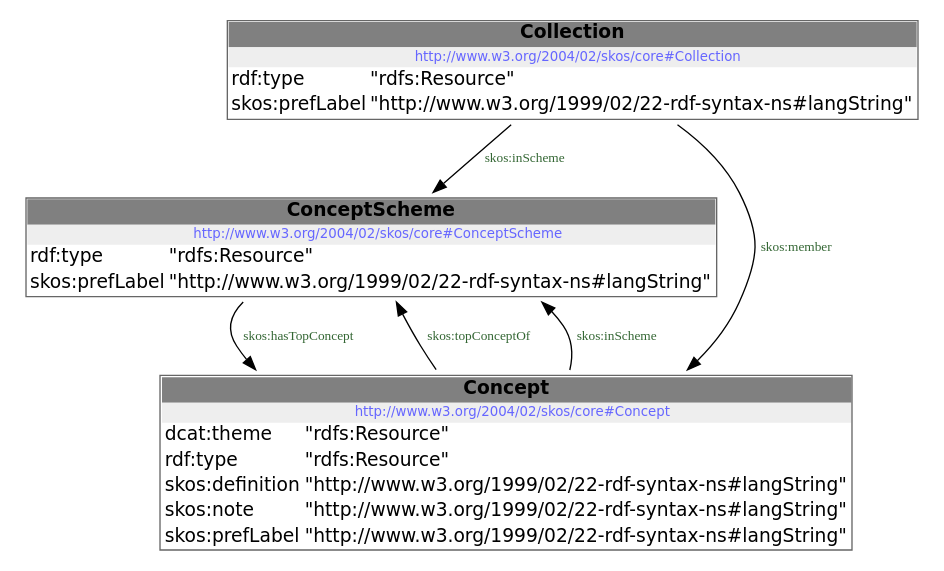
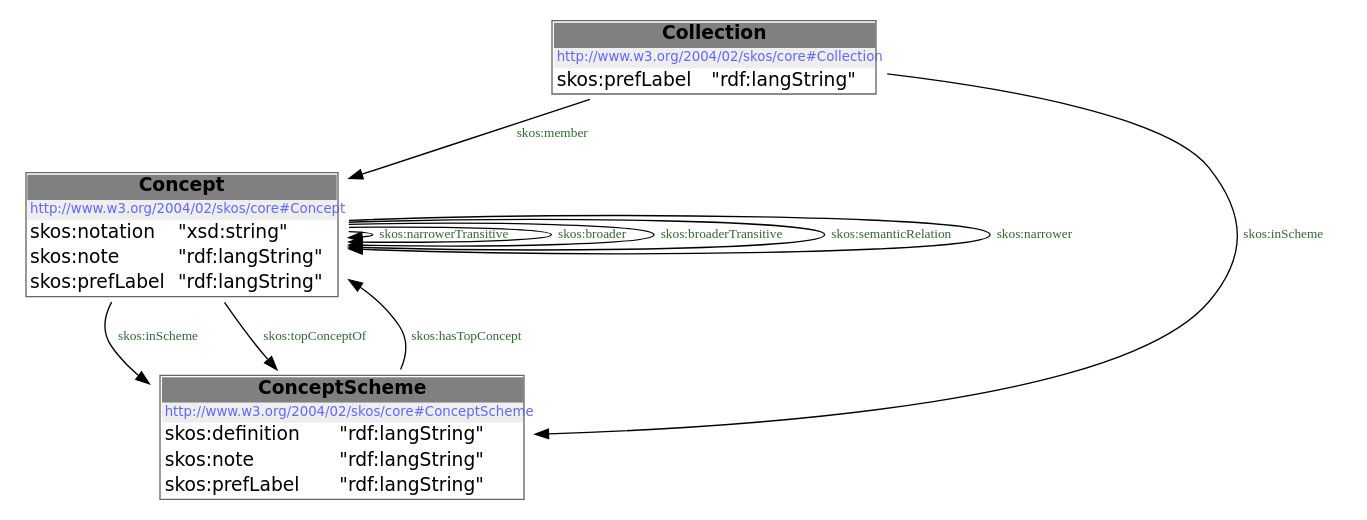
Before and after one commit to milieuinfo/codelijst-producten_en_diensten: the diagram in src/documentation/model.dot, drawn with Graphviz. The commit also changed 27 other files, not shown here.

```diff
--- a/src/documentation/model.dot
+++ b/src/documentation/model.dot
@@ -1,14 +1,19 @@
 digraph { 
  node [ fontname="DejaVu Sans" ] ; 
-	node2 -> node1 [ color=BLACK, label=< <font point-size='10' color='#336633'>skos:hasTopConcept</font> > ] ;
-	node1 -> node2 [ color=BLACK, label=< <font point-size='10' color='#336633'>skos:topConceptOf</font> > ] ;
-	node0 -> node1 [ color=BLACK, label=< <font point-size='10' color='#336633'>skos:member</font> > ] ;
+	node0 -> node0 [ color=BLACK, label=< <font point-size='10' color='#336633'>skos:narrowerTransitive</font> > ] ;
+	node0 -> node0 [ color=BLACK, label=< <font point-size='10' color='#336633'>skos:broader</font> > ] ;
+	node0 -> node2 [ color=BLACK, label=< <font point-size='10' color='#336633'>skos:inScheme</font> > ] ;
+	node1 -> node0 [ color=BLACK, label=< <font point-size='10' color='#336633'>skos:member</font> > ] ;
+	node0 -> node0 [ color=BLACK, label=< <font point-size='10' color='#336633'>skos:broaderTransitive</font> > ] ;
+	node0 -> node2 [ color=BLACK, label=< <font point-size='10' color='#336633'>skos:topConceptOf</font> > ] ;
+	node0 -> node0 [ color=BLACK, label=< <font point-size='10' color='#336633'>skos:semanticRelation</font> > ] ;
+	node2 -> node0 [ color=BLACK, label=< <font point-size='10' color='#336633'>skos:hasTopConcept</font> > ] ;
 	node1 -> node2 [ color=BLACK, label=< <font point-size='10' color='#336633'>skos:inScheme</font> > ] ;
-	node0 -> node2 [ color=BLACK, label=< <font point-size='10' color='#336633'>skos:inScheme</font> > ] ;
-# http://www.w3.org/2004/02/skos/core#Collection node0
-node0 [ shape=none, color=black label=< <table color='#666666' cellborder='0' cellspacing='0' border='1'><tr><td colspan='2' bgcolor='grey'><B>Collection</B></td></tr><tr><td href='http://www.w3.org/2004/02/skos/core#Collection' bgcolor='#eeeeee' colspan='2'><font point-size='10' color='#6666ff'>http://www.w3.org/2004/02/skos/core#Collection</font></td></tr><tr><td align='left'>rdf:type</td><td align='left'>&quot;rdfs:Resource&quot;</td></tr><tr><td align='left'>skos:prefLabel</td><td align='left'>&quot;http://www.w3.org/1999/02/22-rdf-syntax-ns#langString&quot;</td></tr></table> > ] 
-# http://www.w3.org/2004/02/skos/core#Concept node1
-node1 [ shape=none, color=black label=< <table color='#666666' cellborder='0' cellspacing='0' border='1'><tr><td colspan='2' bgcolor='grey'><B>Concept</B></td></tr><tr><td href='http://www.w3.org/2004/02/skos/core#Concept' bgcolor='#eeeeee' colspan='2'><font point-size='10' color='#6666ff'>http://www.w3.org/2004/02/skos/core#Concept</font></td></tr><tr><td align='left'>dcat:theme</td><td align='left'>&quot;rdfs:Resource&quot;</td></tr><tr><td align='left'>rdf:type</td><td align='left'>&quot;rdfs:Resource&quot;</td></tr><tr><td align='left'>skos:definition</td><td align='left'>&quot;http://www.w3.org/1999/02/22-rdf-syntax-ns#langString&quot;</td></tr><tr><td align='left'>skos:note</td><td align='left'>&quot;http://www.w3.org/1999/02/22-rdf-syntax-ns#langString&quot;</td></tr><tr><td align='left'>skos:prefLabel</td><td align='left'>&quot;http://www.w3.org/1999/02/22-rdf-syntax-ns#langString&quot;</td></tr></table> > ] 
+	node0 -> node0 [ color=BLACK, label=< <font point-size='10' color='#336633'>skos:narrower</font> > ] ;
+# http://www.w3.org/2004/02/skos/core#Concept node0
+node0 [ shape=none, color=black label=< <table color='#666666' cellborder='0' cellspacing='0' border='1'><tr><td colspan='2' bgcolor='grey'><B>Concept</B></td></tr><tr><td href='http://www.w3.org/2004/02/skos/core#Concept' bgcolor='#eeeeee' colspan='2'><font point-size='10' color='#6666ff'>http://www.w3.org/2004/02/skos/core#Concept</font></td></tr><tr><td align='left'>skos:notation</td><td align='left'>&quot;xsd:string&quot;</td></tr><tr><td align='left'>skos:note</td><td align='left'>&quot;rdf:langString&quot;</td></tr><tr><td align='left'>skos:prefLabel</td><td align='left'>&quot;rdf:langString&quot;</td></tr></table> > ] 
+# http://www.w3.org/2004/02/skos/core#Collection node1
+node1 [ shape=none, color=black label=< <table color='#666666' cellborder='0' cellspacing='0' border='1'><tr><td colspan='2' bgcolor='grey'><B>Collection</B></td></tr><tr><td href='http://www.w3.org/2004/02/skos/core#Collection' bgcolor='#eeeeee' colspan='2'><font point-size='10' color='#6666ff'>http://www.w3.org/2004/02/skos/core#Collection</font></td></tr><tr><td align='left'>skos:prefLabel</td><td align='left'>&quot;rdf:langString&quot;</td></tr></table> > ] 
 # http://www.w3.org/2004/02/skos/core#ConceptScheme node2
-node2 [ shape=none, color=black label=< <table color='#666666' cellborder='0' cellspacing='0' border='1'><tr><td colspan='2' bgcolor='grey'><B>ConceptScheme</B></td></tr><tr><td href='http://www.w3.org/2004/02/skos/core#ConceptScheme' bgcolor='#eeeeee' colspan='2'><font point-size='10' color='#6666ff'>http://www.w3.org/2004/02/skos/core#ConceptScheme</font></td></tr><tr><td align='left'>rdf:type</td><td align='left'>&quot;rdfs:Resource&quot;</td></tr><tr><td align='left'>skos:prefLabel</td><td align='left'>&quot;http://www.w3.org/1999/02/22-rdf-syntax-ns#langString&quot;</td></tr></table> > ] 
+node2 [ shape=none, color=black label=< <table color='#666666' cellborder='0' cellspacing='0' border='1'><tr><td colspan='2' bgcolor='grey'><B>ConceptScheme</B></td></tr><tr><td href='http://www.w3.org/2004/02/skos/core#ConceptScheme' bgcolor='#eeeeee' colspan='2'><font point-size='10' color='#6666ff'>http://www.w3.org/2004/02/skos/core#ConceptScheme</font></td></tr><tr><td align='left'>skos:definition</td><td align='left'>&quot;rdf:langString&quot;</td></tr><tr><td align='left'>skos:note</td><td align='left'>&quot;rdf:langString&quot;</td></tr><tr><td align='left'>skos:prefLabel</td><td align='left'>&quot;rdf:langString&quot;</td></tr></table> > ] 
 }
```
